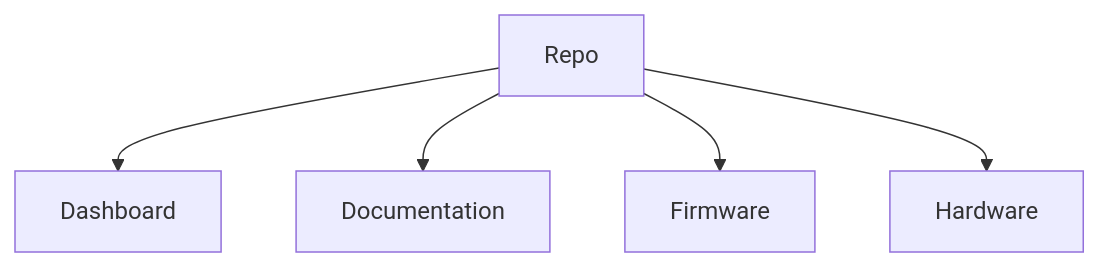
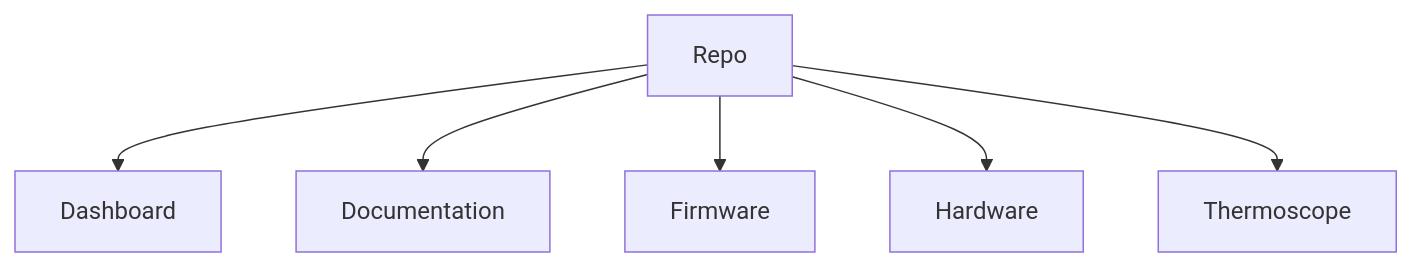
Before and after one commit to spacebiz24/Thermal-Profiling: the diagram in README.md, drawn with Mermaid.

````diff
--- a/README.md
+++ b/README.md
@@ -4,7 +4,8 @@
 ```mermaid
 graph TD;
 Repo --> Dashboard
 Repo --> Documentation
 Repo --> Firmware
 Repo --> Hardware
+Repo --> Thermoscope
 ```
````
